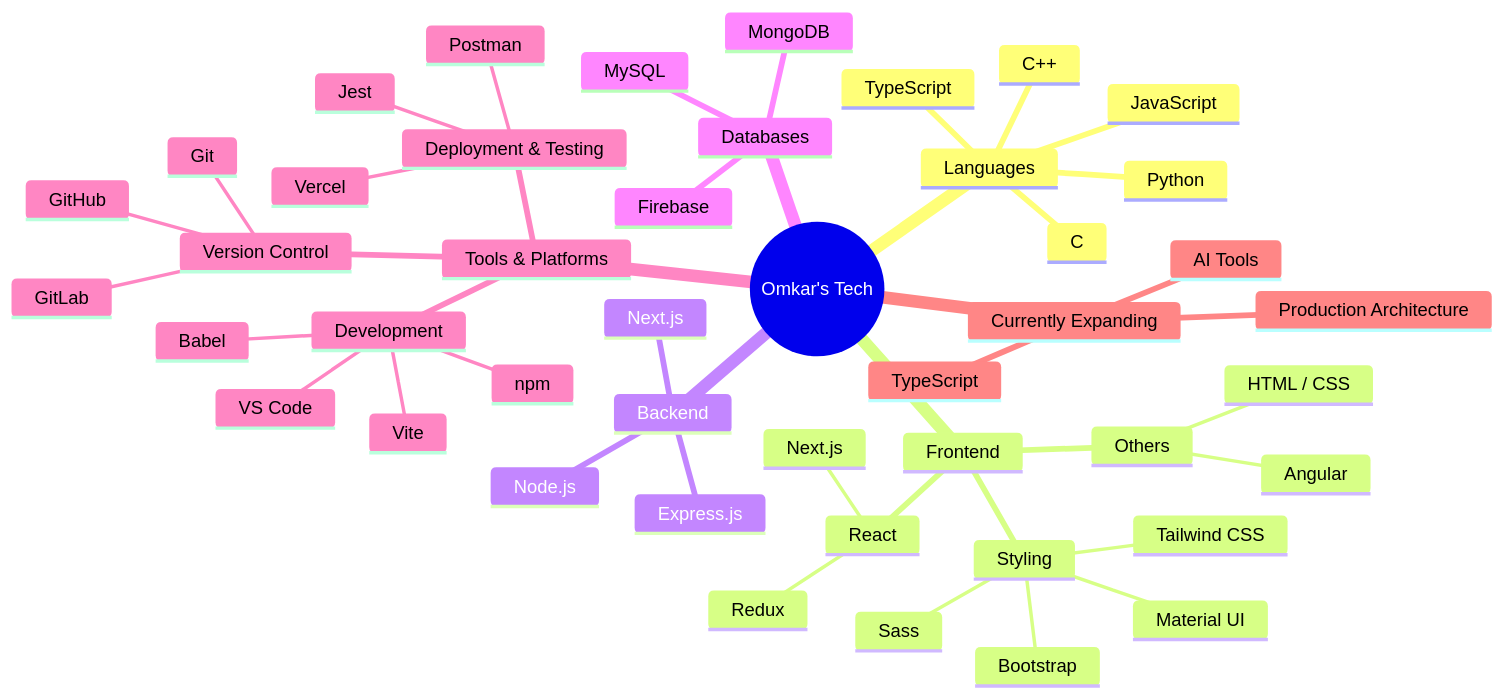
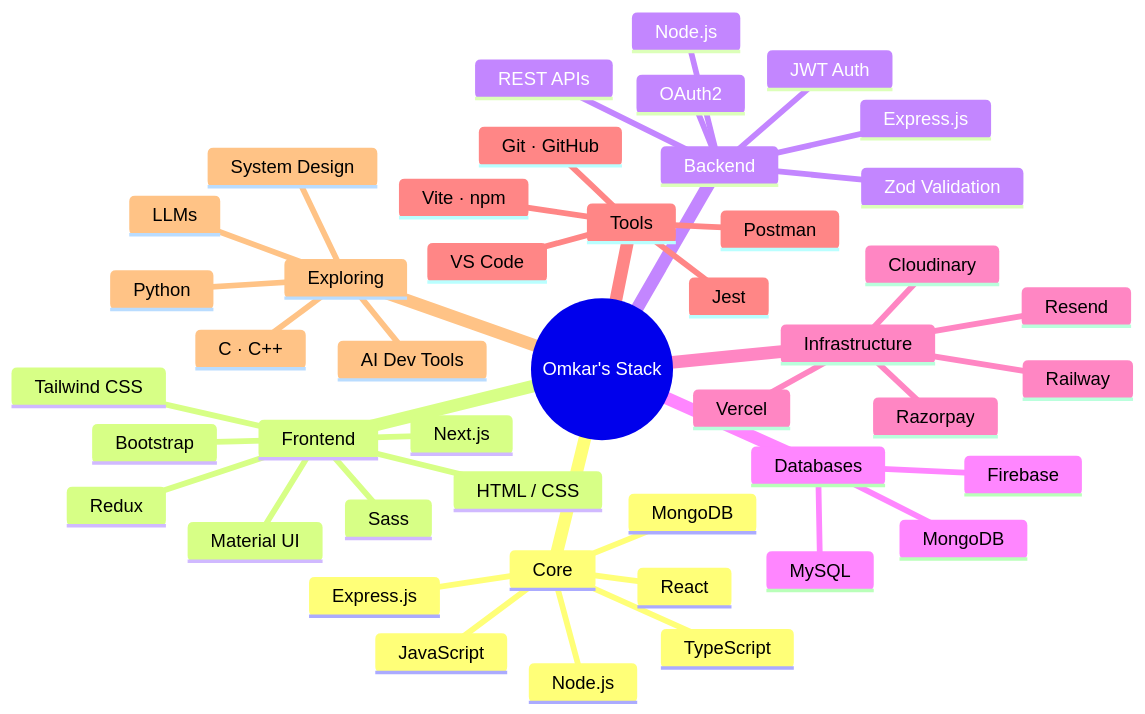
One commit to ItsOnkar-dev/ITSONKAR-DEV changed the diagram in README.md. Above: the diagram before and after it, drawn with Mermaid. The commit also changed other lines of this file, not shown here.

````diff
--- a/README.md
+++ b/README.md
@@ -139,48 +197,48 @@
 ```mermaid
 mindmap
-  root((Omkar's Tech))
-    Languages
+  root((Omkar's Stack))
+    Core
       JavaScript
       TypeScript
-      Python
-      C
-      C++
+      React
+      Node.js
+      Express.js
+      MongoDB
     Frontend
-      React
-        Next.js
-        Redux
-      Styling
-        Tailwind CSS
-        Material UI
-        Bootstrap
-        Sass
-      Others
-        Angular
-        HTML / CSS
+      Next.js
+      Redux
+      Tailwind CSS
+      Material UI
+      Bootstrap
+      Sass
+      HTML / CSS
     Backend
       Node.js
       Express.js
-      Next.js
+      REST APIs
+      JWT Auth
+      OAuth2
+      Zod Validation
     Databases
       MongoDB
       MySQL
       Firebase
-    Tools & Platforms
-      Version Control
-        Git
-        GitHub
-        GitLab
-      Development
-        VS Code
-        Vite
-        npm
-        Babel
-      Deployment & Testing
-        Vercel
-        Postman
-        Jest
-    Currently Expanding
-      TypeScript
-      AI Tools
-      Production Architecture
+    Infrastructure
+      Railway
+      Vercel
+      Cloudinary
+      Resend
+      Razorpay
+    Tools
+      Git · GitHub
+      VS Code
+      Vite · npm
+      Postman
+      Jest
+    Exploring
+      Python
+      LLMs
+      AI Dev Tools
+      System Design
+      C · C++
 ```
````
